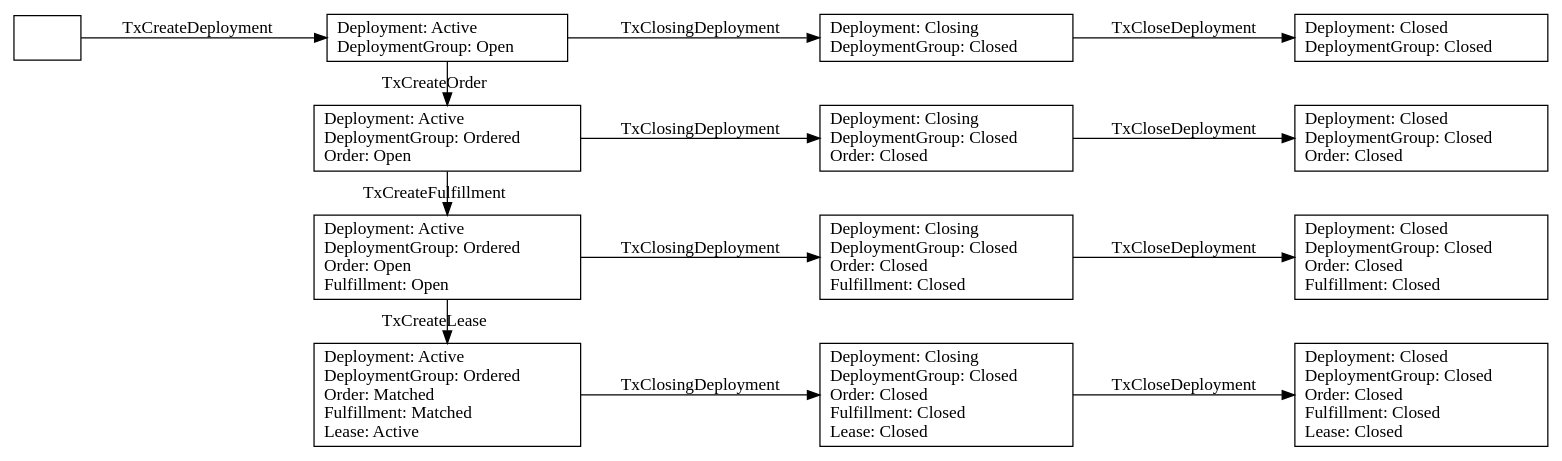
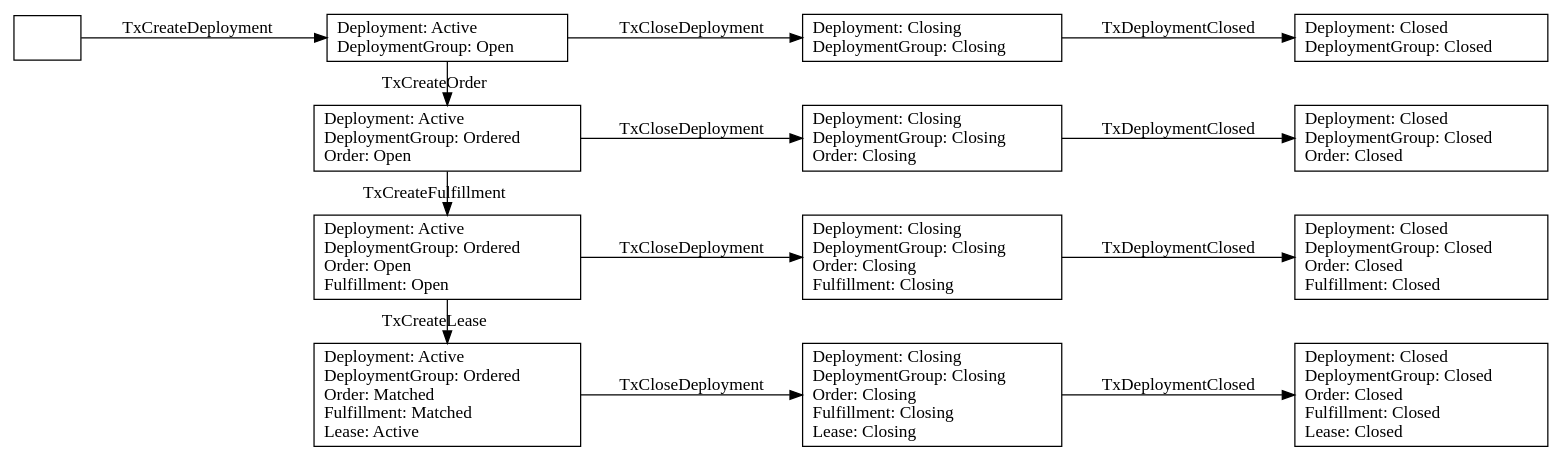
Before and after one commit to akash-network/node: the diagram in _docs/dot/tenant-cancel.dot, drawn with Graphviz. The commit also changed 7 other files, not shown here.

```diff
--- a/_docs/dot/tenant-cancel.dot
+++ b/_docs/dot/tenant-cancel.dot
@@ -1,41 +1,41 @@
 digraph marketplace {
 
   rankdir=LR;
 
   "0"     [shape=box label=""];
 
   "1"     [shape=box labeljust="1" label="Deployment: Active\lDeploymentGroup: Open\l"];
   "2"     [shape=box labeljust="1" label="Deployment: Active\lDeploymentGroup: Ordered\lOrder: Open\l"];
   "3"     [shape=box labeljust="1" label="Deployment: Active\lDeploymentGroup: Ordered\lOrder: Open\lFulfillment: Open\l"];
   "4"     [shape=box labeljust="1" label="Deployment: Active\lDeploymentGroup: Ordered\lOrder: Matched\lFulfillment: Matched\lLease: Active\l"];
 
-  "5"     [shape=box label="Deployment: Closing\lDeploymentGroup: Closed\l"];
-  "6"     [shape=box label="Deployment: Closing\lDeploymentGroup: Closed\lOrder: Closed\l"];
-  "7"     [shape=box label="Deployment: Closing\lDeploymentGroup: Closed\lOrder: Closed\lFulfillment: Closed\l"];
-  "8"     [shape=box label="Deployment: Closing\lDeploymentGroup: Closed\lOrder: Closed\lFulfillment: Closed\lLease: Closed\l"];
+  "5"     [shape=box label="Deployment: Closing\lDeploymentGroup: Closing\l"];
+  "6"     [shape=box label="Deployment: Closing\lDeploymentGroup: Closing\lOrder: Closing\l"];
+  "7"     [shape=box label="Deployment: Closing\lDeploymentGroup: Closing\lOrder: Closing\lFulfillment: Closing\l"];
+  "8"     [shape=box label="Deployment: Closing\lDeploymentGroup: Closing\lOrder: Closing\lFulfillment: Closing\lLease: Closing\l"];
 
   "9"     [shape=box label="Deployment: Closed\lDeploymentGroup: Closed\l"];
   "10"    [shape=box label="Deployment: Closed\lDeploymentGroup: Closed\lOrder: Closed\l"];
   "11"    [shape=box label="Deployment: Closed\lDeploymentGroup: Closed\lOrder: Closed\lFulfillment: Closed\l"];
   "12"    [shape=box label="Deployment: Closed\lDeploymentGroup: Closed\lOrder: Closed\lFulfillment: Closed\lLease: Closed\l"];
 
   "0" -> "1"           [label="TxCreateDeployment"];
   "1" -> "2"           [label="TxCreateOrder"];
   "2" -> "3"           [label="TxCreateFulfillment"];
   "3" -> "4"           [label="TxCreateLease"];
 
-  "1" -> "5"           [label="TxClosingDeployment"];
-  "2" -> "6"           [label="TxClosingDeployment"];
-  "3" -> "7"           [label="TxClosingDeployment"];
-  "4" -> "8"           [label="TxClosingDeployment"];
+  "1" -> "5"           [label="TxCloseDeployment"];
+  "2" -> "6"           [label="TxCloseDeployment"];
+  "3" -> "7"           [label="TxCloseDeployment"];
+  "4" -> "8"           [label="TxCloseDeployment"];
 
-  "5" -> "9"           [label="TxCloseDeployment"];
-  "6" -> "10"          [label="TxCloseDeployment"];
-  "7" -> "11"          [label="TxCloseDeployment"];
-  "8" -> "12"          [label="TxCloseDeployment"];
+  "5" -> "9"           [label="TxDeploymentClosed"];
+  "6" -> "10"          [label="TxDeploymentClosed"];
+  "7" -> "11"          [label="TxDeploymentClosed"];
+  "8" -> "12"          [label="TxDeploymentClosed"];
 
 
   { rank=same "1", "2", "3", "4" }
   { rank=same "5", "6", "7", "8" }
   { rank=same "9", "10", "11", "12" }
 }
```
